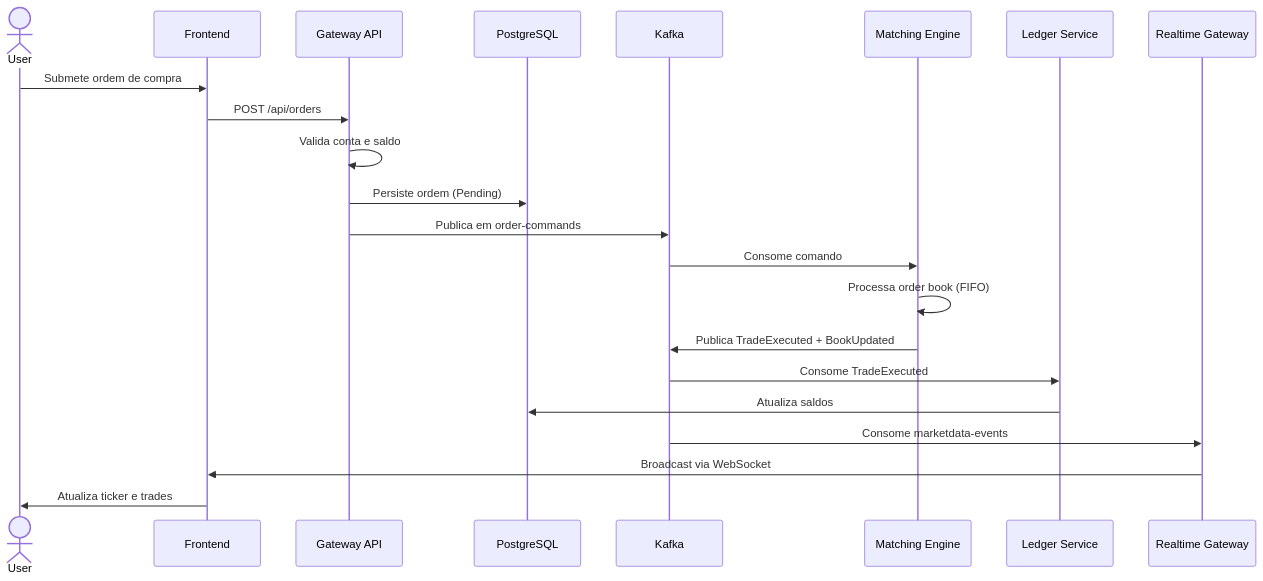
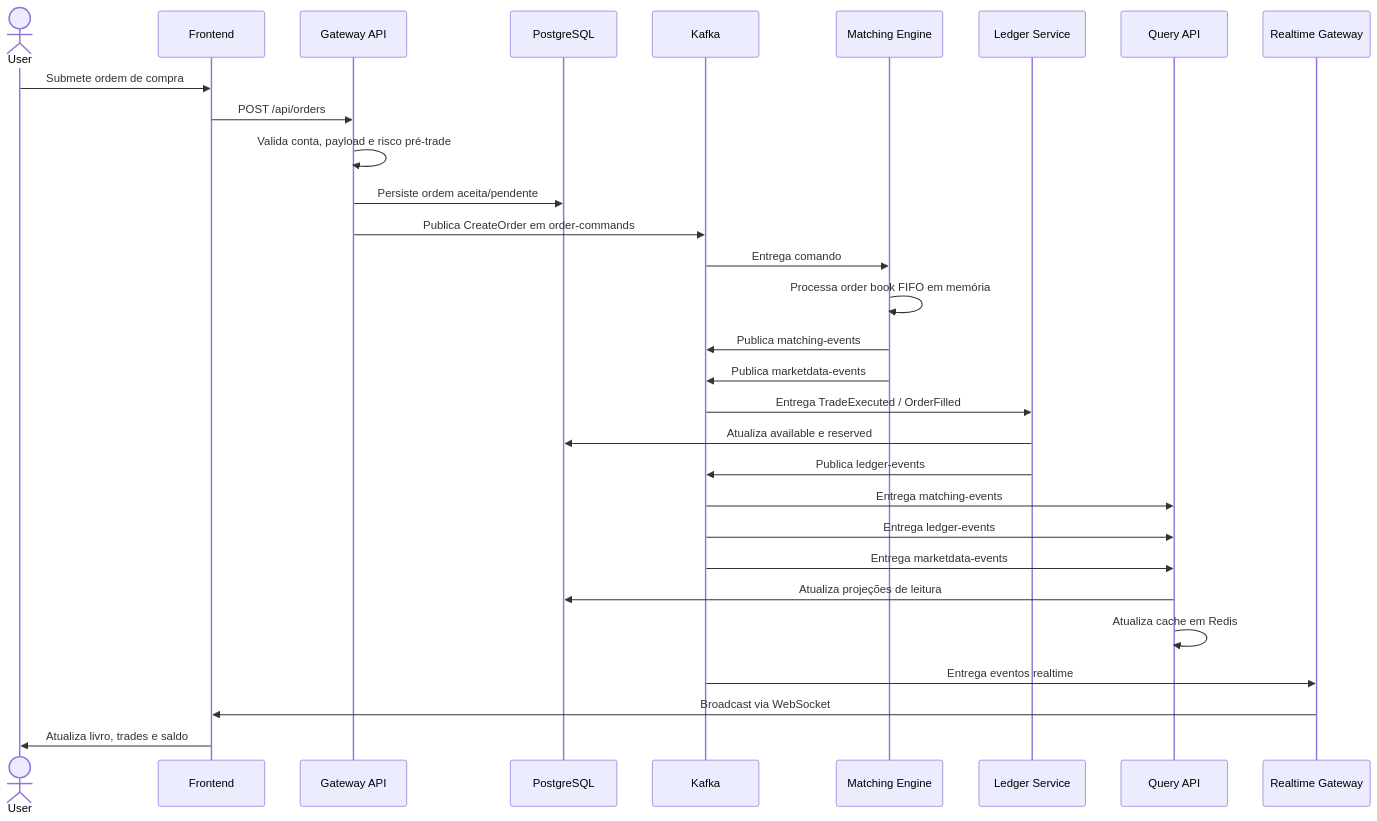
One commit to raidenario/trading changed the second of 5 diagrams in libs/docs/architecture-diagrams.md. Above: the diagram before and after it, drawn with Mermaid. The commit also changed other lines of this file and 15 other files, not shown here.

````diff
--- a/libs/docs/architecture-diagrams.md
+++ b/libs/docs/architecture-diagrams.md
@@ -65,25 +73,33 @@
 ```mermaid
 sequenceDiagram
     actor User
     participant FE as Frontend
     participant GW as Gateway API
     participant PG as PostgreSQL
     participant KF as Kafka
     participant ME as Matching Engine
     participant LS as Ledger Service
+    participant QA as Query API
     participant RT as Realtime Gateway
 
     User->>FE: Submete ordem de compra
     FE->>GW: POST /api/orders
-    GW->>GW: Valida conta e saldo
-    GW->>PG: Persiste ordem (Pending)
-    GW->>KF: Publica em order-commands
-    KF->>ME: Consome comando
-    ME->>ME: Processa order book (FIFO)
-    ME->>KF: Publica TradeExecuted + BookUpdated
-    KF->>LS: Consome TradeExecuted
-    LS->>PG: Atualiza saldos
-    KF->>RT: Consome marketdata-events
+    GW->>GW: Valida conta, payload e risco pré-trade
+    GW->>PG: Persiste ordem aceita/pendente
+    GW->>KF: Publica CreateOrder em order-commands
+    KF->>ME: Entrega comando
+    ME->>ME: Processa order book FIFO em memória
+    ME->>KF: Publica matching-events
+    ME->>KF: Publica marketdata-events
+    KF->>LS: Entrega TradeExecuted / OrderFilled
+    LS->>PG: Atualiza available e reserved
+    LS->>KF: Publica ledger-events
+    KF->>QA: Entrega matching-events
+    KF->>QA: Entrega ledger-events
+    KF->>QA: Entrega marketdata-events
+    QA->>PG: Atualiza projeções de leitura
+    QA->>QA: Atualiza cache em Redis
+    KF->>RT: Entrega eventos realtime
     RT->>FE: Broadcast via WebSocket
-    FE->>User: Atualiza ticker e trades
+    FE->>User: Atualiza livro, trades e saldo
 ```
````
